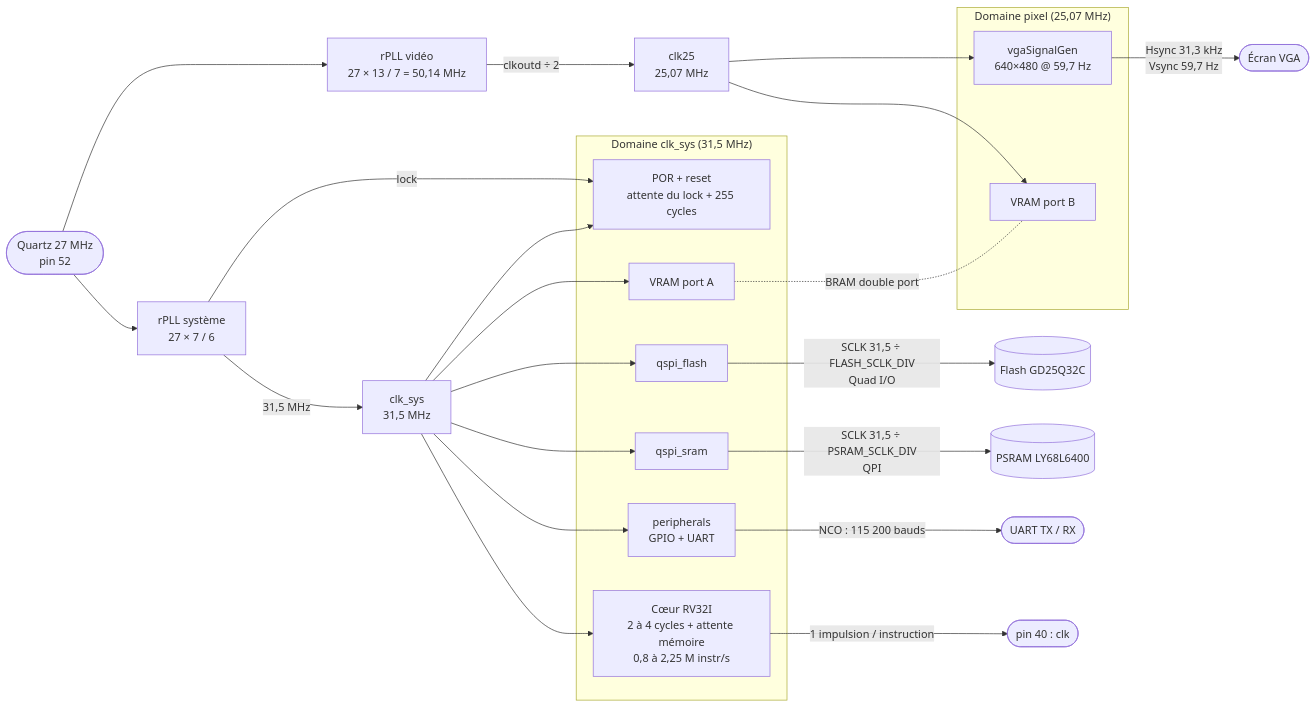
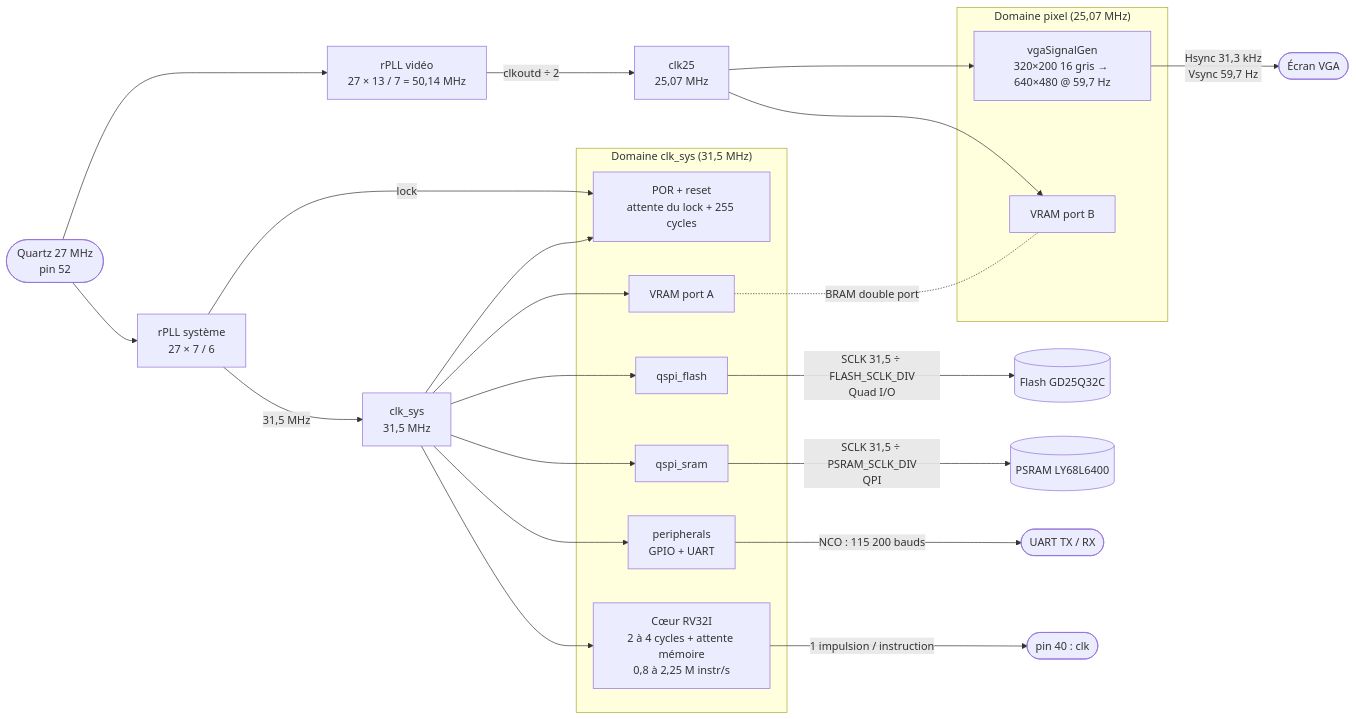
The diagram in README.md (retasquid/RISC-V-RV32I-sur-Tang-Nano-9K), drawn with Mermaid before and after one commit. The commit also changed other lines of this file and 50 other files, not shown here.

````diff
--- a/README.md
+++ b/README.md
@@ -26,40 +28,40 @@
 ```mermaid
 flowchart LR
     XTAL(["Quartz 27 MHz<br/>pin 52"]) --> PLLS["rPLL système<br/>27 × 7 / 6"]
     XTAL --> PLLV["rPLL vidéo<br/>27 × 13 / 7 = 50,14 MHz"]
     PLLS -- "31,5 MHz" --> CLKSYS["clk_sys<br/>31,5 MHz"]
     PLLS -- "lock" --> RST
 
     subgraph DSYS ["Domaine clk_sys (31,5 MHz)"]
         CORE["Cœur RV32I<br/>2 à 4 cycles + attente mémoire<br/>0,8 à 2,25 M instr/s"]
         RST["POR + reset<br/>attente du lock + 255 cycles"]
         FLASHC["qspi_flash"]
         SRAMC["qspi_sram"]
         PERIPH["peripherals<br/>GPIO + UART"]
         VRAMA["VRAM port A"]
     end
 
     CLKSYS --> CORE
     CLKSYS --> RST
     CLKSYS --> FLASHC
     CLKSYS --> SRAMC
     CLKSYS --> PERIPH
     CLKSYS --> VRAMA
 
     FLASHC -- "SCLK 31,5 ÷ FLASH_SCLK_DIV<br/>Quad I/O" --> FLASH[("Flash GD25Q32C")]
     SRAMC -- "SCLK 31,5 ÷ PSRAM_SCLK_DIV<br/>QPI" --> PSRAM[("PSRAM LY68L6400")]
     PERIPH -- "NCO : 115 200 bauds" --> UART(["UART TX / RX"])
     CORE -- "1 impulsion / instruction" --> DBG(["pin 40 : clk"])
 
     PLLV -- "clkoutd ÷ 2" --> CLK25["clk25<br/>25,07 MHz"]
 
     subgraph D25 ["Domaine pixel (25,07 MHz)"]
-        VGA["vgaSignalGen<br/>640×480 @ 59,7 Hz"]
+        VGA["vgaSignalGen<br/>320×200 16 gris → 640×480 @ 59,7 Hz"]
         VRAMB["VRAM port B"]
     end
 
     CLK25 --> VGA
     CLK25 --> VRAMB
     VRAMA -. "BRAM double port" .- VRAMB
     VGA -- "Hsync 31,3 kHz<br/>Vsync 59,7 Hz" --> SCREEN(["Écran VGA"])
 ```
````
